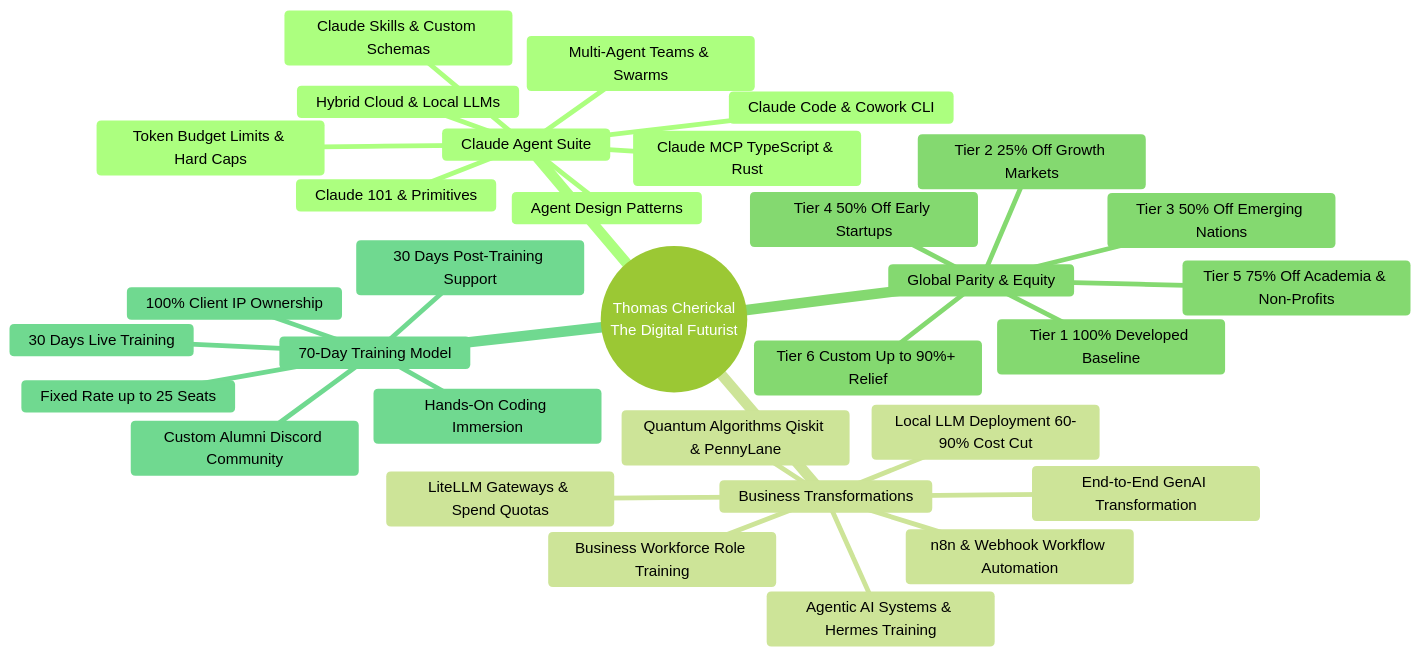
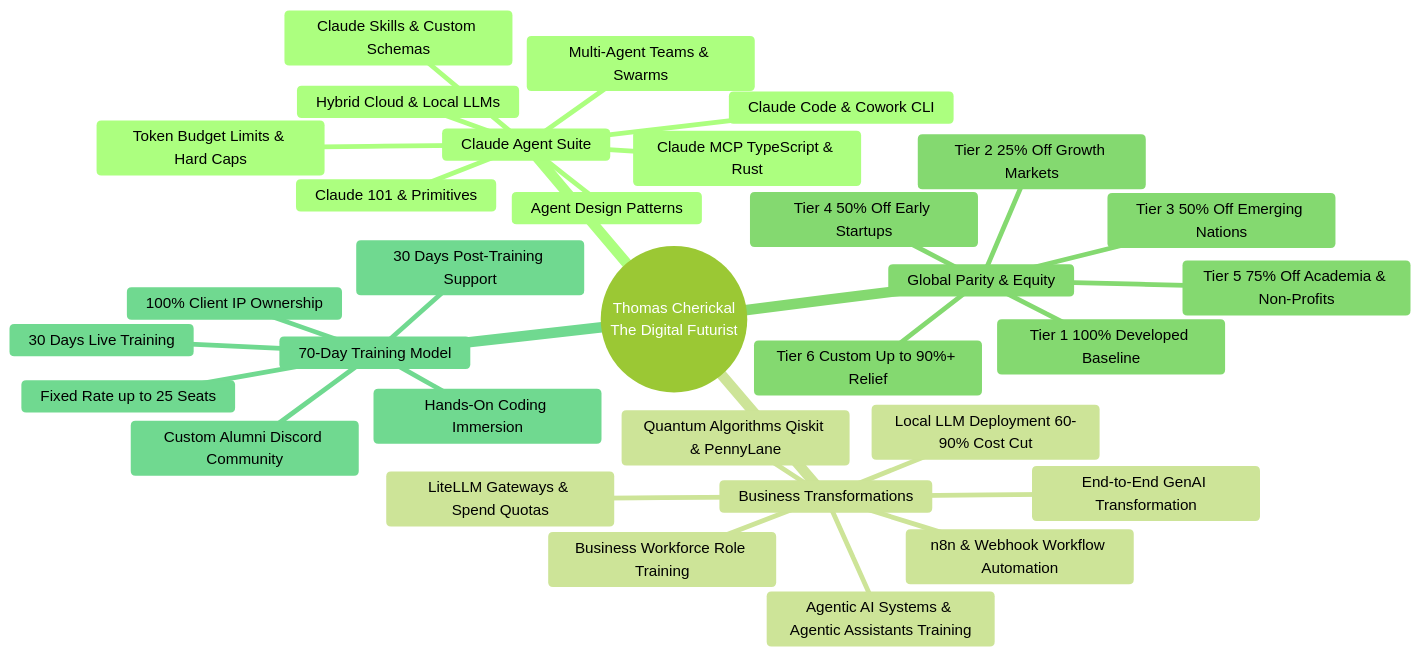
One commit to thomascherickal/thomascherickal.github.io changed the first of 2 diagrams in README.md. Above: the diagram before and after it, drawn with Mermaid (forest theme). The commit also changed other lines of this file and 169 other files, not shown here.

````diff
--- a/README.md
+++ b/README.md
@@ -33,35 +33,35 @@
 ```mermaid
 mindmap
   root((Thomas Cherickal<br/>The Digital Futurist))
     Claude Agent Suite
       Claude 101 & Primitives
       Claude Code & Cowork CLI
       Claude Skills & Custom Schemas
       Claude MCP TypeScript & Rust
       Multi-Agent Teams & Swarms
       Agent Design Patterns
       Token Budget Limits & Hard Caps
       Hybrid Cloud & Local LLMs
     Business Transformations
       End-to-End GenAI Transformation
       Local LLM Deployment 60-90% Cost Cut
-      Agentic AI Systems & Hermes Training
+      Agentic AI Systems & Agentic Assistants Training
       n8n & Webhook Workflow Automation
       Quantum Algorithms Qiskit & PennyLane
       LiteLLM Gateways & Spend Quotas
       Business Workforce Role Training
     Global Parity & Equity
       Tier 1 100% Developed Baseline
       Tier 2 25% Off Growth Markets
       Tier 3 50% Off Emerging Nations
       Tier 4 50% Off Early Startups
       Tier 5 75% Off Academia & Non-Profits
       Tier 6 Custom Up to 90%+ Relief
     70-Day Training Model
       Hands-On Coding Immersion
       Fixed Rate up to 25 Seats
       30 Days Live Training
       30 Days Post-Training Support
       Custom Alumni Discord Community
       100% Client IP Ownership
 ```
````
